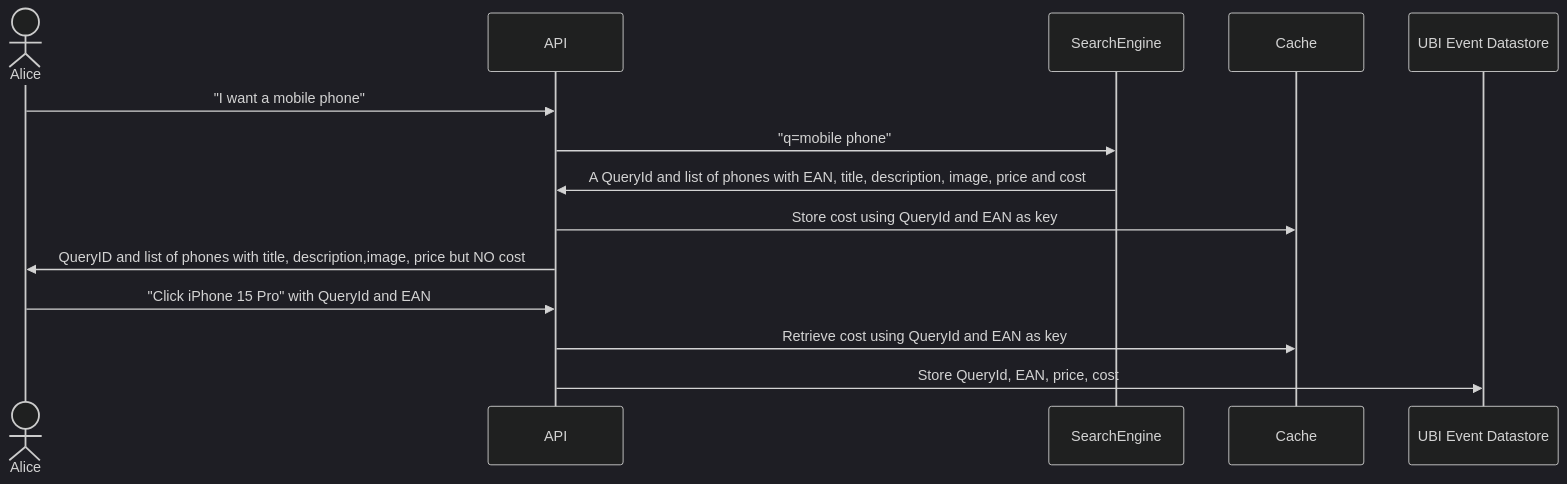
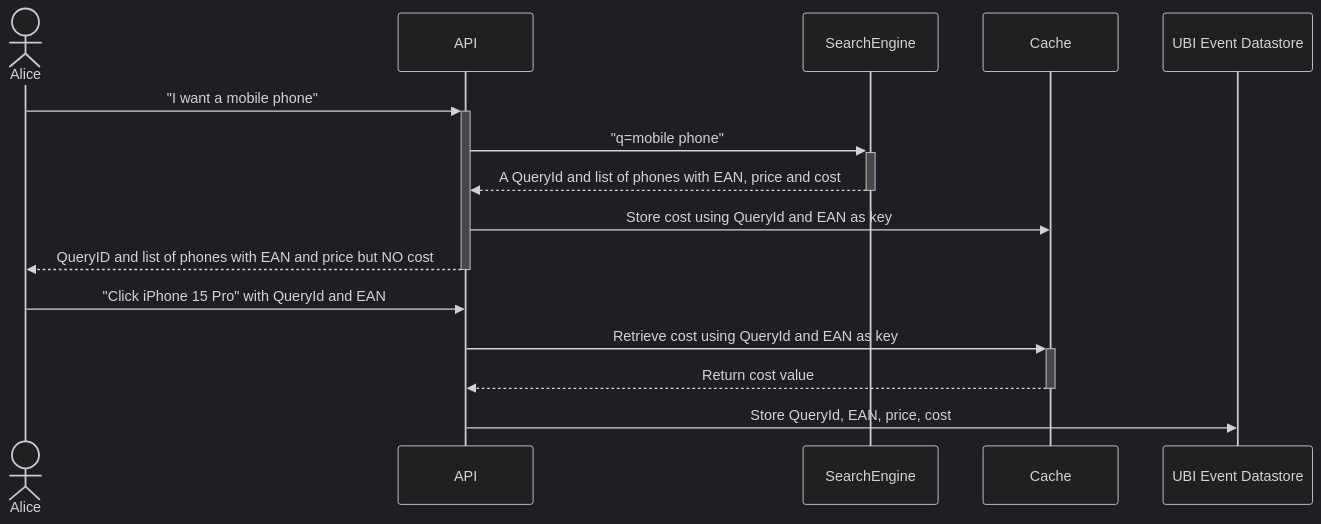
One commit to o19s/chorus-opensearch-edition changed the diagram in katas/005_protecting_sensitive_information.md. Above: the diagram before and after it, drawn with Mermaid (dark theme). The commit also changed other lines of this file, not shown here.

Commit message:
Improve sequence diagram

````diff
--- a/katas/005_protecting_sensitive_information.md
+++ b/katas/005_protecting_sensitive_information.md
@@ -29,12 +29,13 @@
 ```mermaid
 sequenceDiagram
     actor Alice
-    Alice ->> API: "I want a mobile phone"
-    API ->> SearchEngine: "q=mobile phone"
-    SearchEngine ->> API: A QueryId and list of phones with EAN, title, description, image, price and cost 
+    Alice ->>+ API: "I want a mobile phone"
+    API ->>+ SearchEngine: "q=mobile phone"
+    SearchEngine -->>- API: A QueryId and list of phones with EAN, price and cost 
     API ->> Cache: Store cost using QueryId and EAN as key
-    API->> Alice: QueryID and list of phones with title, description,image, price but NO cost
+    API-->>- Alice: QueryID and list of phones with EAN and price but NO cost
     Alice->> API: "Click iPhone 15 Pro" with QueryId and EAN
-    API->> Cache: Retrieve cost using QueryId and EAN as key
+    API->>+ Cache: Retrieve cost using QueryId and EAN as key
+    Cache-->>-API: Return cost value
     API->> UBI Event Datastore: Store QueryId, EAN, price, cost
 ```
````
